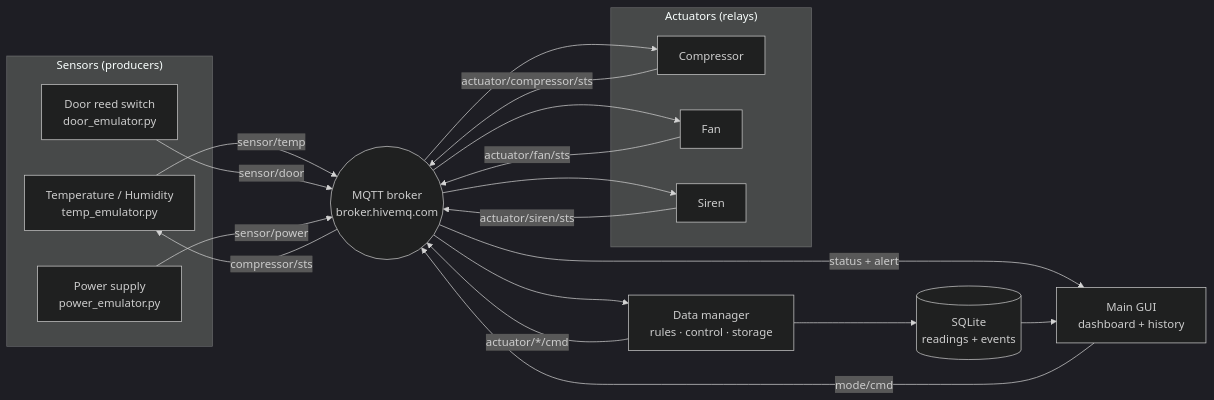
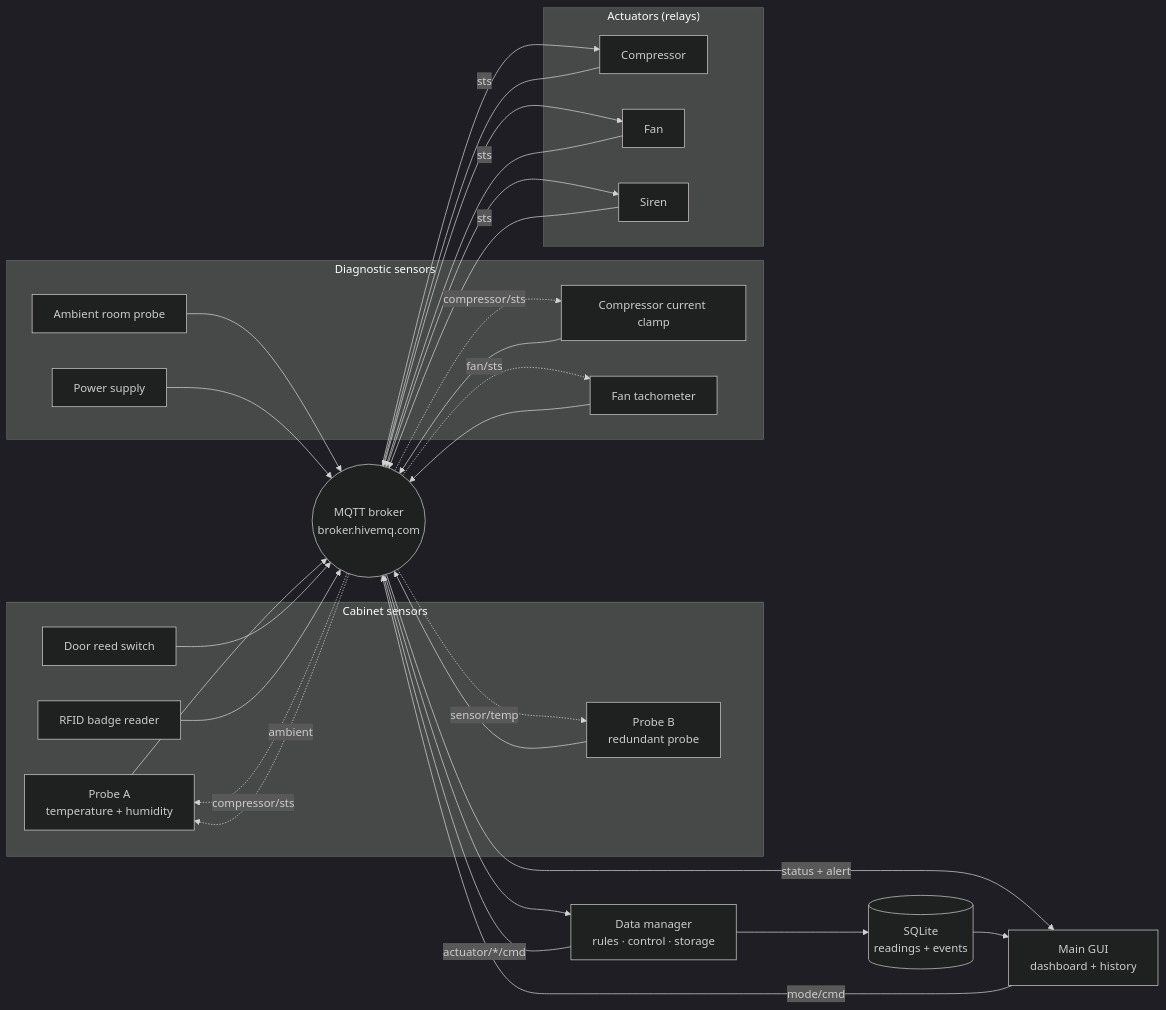
One commit to ofirzohar11/IOT_SMART_HOME changed the diagram in README.md. Above: the diagram before and after it, drawn with Mermaid (dark theme). The commit also changed other lines of this file and 27 other files, not shown here.

Commit message:
feat: add five diagnostic sensors and command-vs-reality rules

````diff
--- a/README.md
+++ b/README.md
@@ -40,37 +44,56 @@
 ```mermaid
 flowchart LR
-    subgraph Sensors["Sensors (producers)"]
-        T["Temperature / Humidity<br/>temp_emulator.py"]
-        D["Door reed switch<br/>door_emulator.py"]
-        P["Power supply<br/>power_emulator.py"]
+    subgraph Cabinet["Cabinet sensors"]
+        TA["Probe A<br/>temperature + humidity"]
+        TB["Probe B<br/>redundant probe"]
+        D["Door reed switch"]
+        BG["RFID badge reader"]
+    end
+
+    subgraph Diag["Diagnostic sensors"]
+        AM["Ambient room probe"]
+        CU["Compressor current clamp"]
+        RP["Fan tachometer"]
+        PW["Power supply"]
     end
 
     B(("MQTT broker<br/>broker.hivemq.com"))
-
     M["Data manager<br/>rules · control · storage"]
     DB[("SQLite<br/>readings + events")]
     G["Main GUI<br/>dashboard + history"]
 
     subgraph Actuators["Actuators (relays)"]
         C["Compressor"]
         F["Fan"]
         S["Siren"]
     end
 
-    T -- sensor/temp --> B
-    D -- sensor/door --> B
-    P -- sensor/power --> B
+    TA --> B
+    TB --> B
+    D --> B
+    BG --> B
+    AM --> B
+    CU --> B
+    RP --> B
+    PW --> B
+
     B --> M
     M --> DB
     M -- actuator/*/cmd --> B
     B --> C
     B --> F
     B --> S
-    C -- actuator/compressor/sts --> B
-    F -- actuator/fan/sts --> B
-    S -- actuator/siren/sts --> B
+
+    C -- sts --> B
+    F -- sts --> B
+    S -- sts --> B
     B -- status + alert --> G
     DB --> G
     G -- mode/cmd --> B
-    B -- compressor/sts --> T
+
+    B -. compressor/sts .-> TA
+    B -. ambient .-> TA
+    B -. sensor/temp .-> TB
+    B -. compressor/sts .-> CU
+    B -. fan/sts .-> RP
 ```
````
